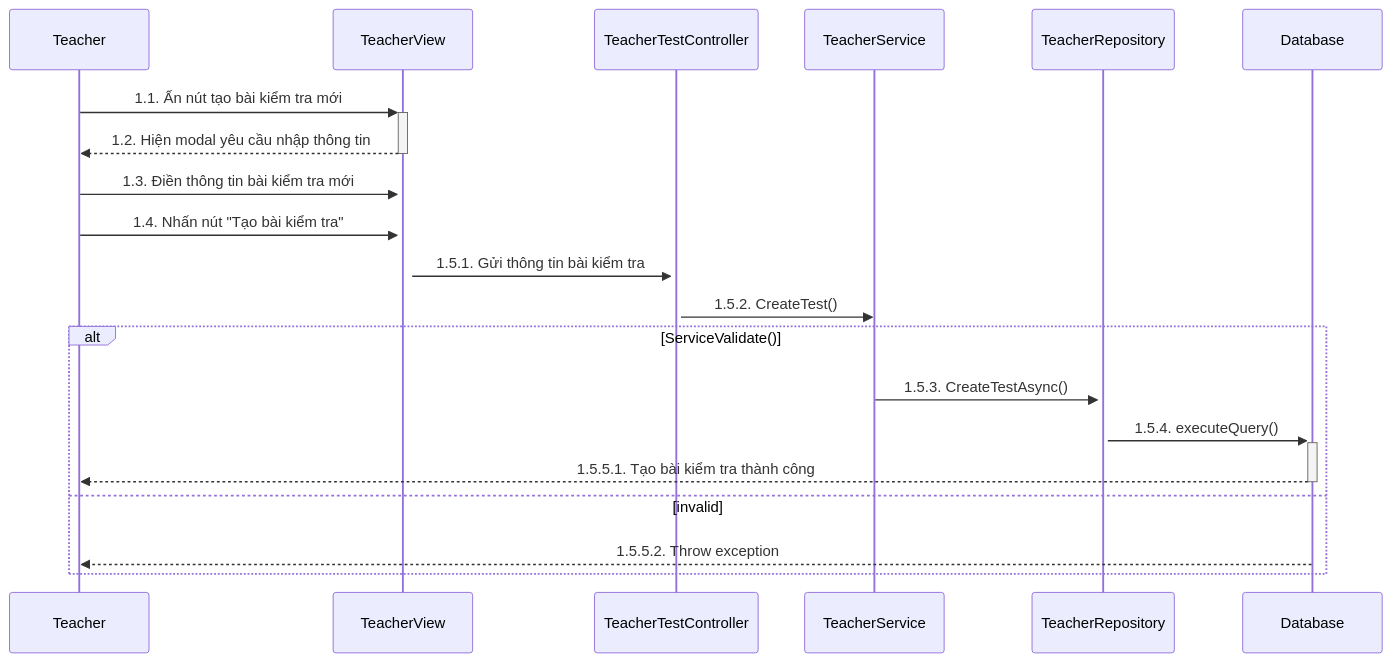
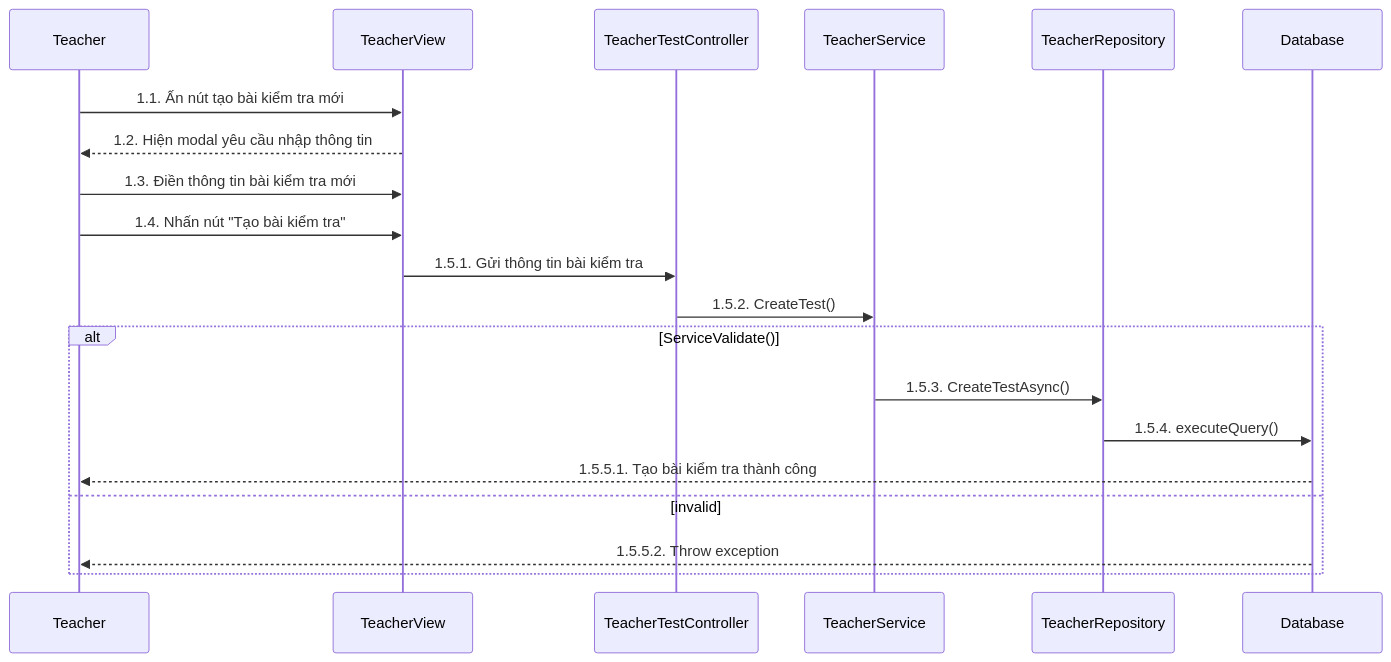
Before and after one commit to LienNTB/sequence-CNPM: the diagram in sequence/teacher/Sequence-2-1.GiangVienThemBaiKiemTra.mmd, drawn with Mermaid. The commit also changed 10 other files, not shown here.

```diff
--- a/sequence/teacher/Sequence-2-1.GiangVienThemBaiKiemTra.mmd
+++ b/sequence/teacher/Sequence-2-1.GiangVienThemBaiKiemTra.mmd
@@ -1,23 +1,23 @@
 
 sequenceDiagram
     participant Teacher
     participant TeacherView
     participant TeacherTestController
     participant TeacherService
     participant TeacherRepository
     participant Database
 
-    Teacher->>+TeacherView: 1.1. Ấn nút tạo bài kiểm tra mới
-    TeacherView-->>-Teacher: 1.2. Hiện modal yêu cầu nhập thông tin
-    Teacher->>+TeacherView: 1.3. Điền thông tin bài kiểm tra mới
-    Teacher->>+TeacherView: 1.4. Nhấn nút "Tạo bài kiểm tra"
-    TeacherView->>+TeacherTestController: 1.5.1. Gửi thông tin bài kiểm tra
+    Teacher->>TeacherView: 1.1. Ấn nút tạo bài kiểm tra mới
+    TeacherView-->>Teacher: 1.2. Hiện modal yêu cầu nhập thông tin
+    Teacher->>TeacherView: 1.3. Điền thông tin bài kiểm tra mới
+    Teacher->>TeacherView: 1.4. Nhấn nút "Tạo bài kiểm tra"
+    TeacherView->>TeacherTestController: 1.5.1. Gửi thông tin bài kiểm tra
     TeacherTestController->>TeacherService: 1.5.2. CreateTest()
     alt ServiceValidate()
-        TeacherService->>+TeacherRepository: 1.5.3. CreateTestAsync()
-        TeacherRepository->>+Database: 1.5.4. executeQuery()
+        TeacherService->>TeacherRepository: 1.5.3. CreateTestAsync()
+        TeacherRepository->>Database: 1.5.4. executeQuery()
 
-        Database-->>-Teacher: 1.5.5.1. Tạo bài kiểm tra thành công
+        Database-->>Teacher: 1.5.5.1. Tạo bài kiểm tra thành công
     else invalid
         Database-->>Teacher: 1.5.5.2. Throw exception
     end
```
